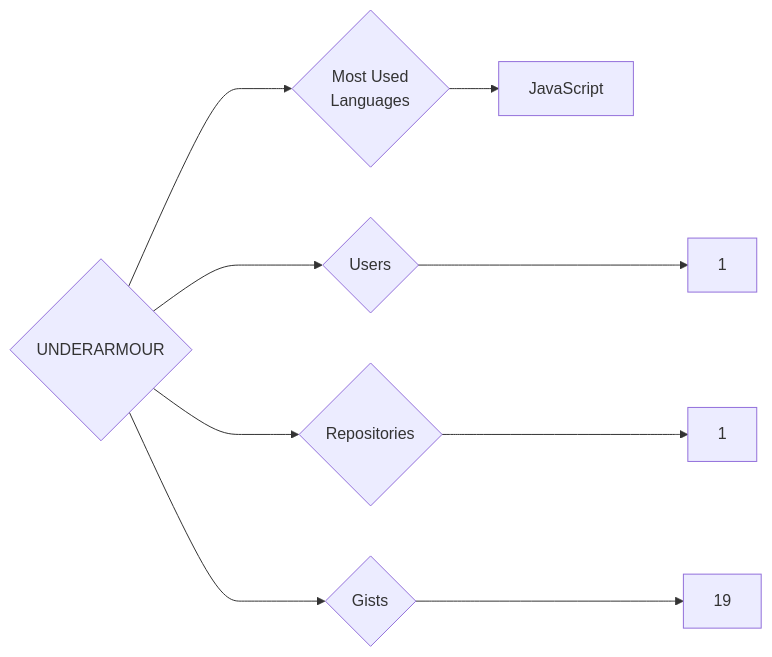
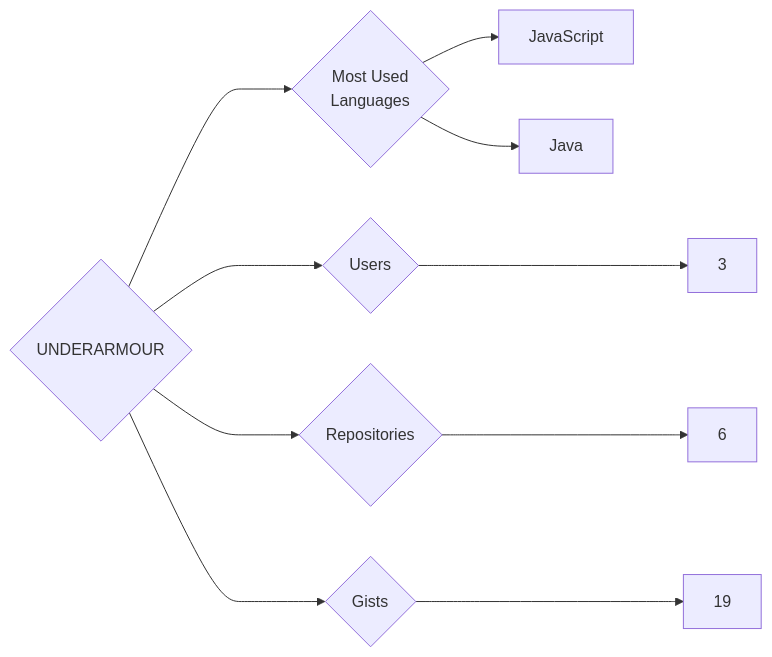
One commit to trickest/insiders changed the diagram in targets/UNDERARMOUR/README.md. Above: the diagram before and after it, drawn with Mermaid. The commit also changed 878 other files, not shown here.

````diff
--- a/targets/UNDERARMOUR/README.md
+++ b/targets/UNDERARMOUR/README.md
@@ -3,9 +3,10 @@
 ```mermaid
 graph LR
 COMPANY_NAME{UNDERARMOUR}
-COMPANY_NAME ---> U{Users} ---> UN[1]
-COMPANY_NAME ---> R{Repositories} ---> RN[1]
+COMPANY_NAME ---> U{Users} ---> UN[3]
+COMPANY_NAME ---> R{Repositories} ---> RN[6]
 COMPANY_NAME ---> G{Gists} ---> GN[19]
 COMPANY_NAME ---> ML{Most Used<br>Languages}
 ML --> JavaScript[JavaScript]
+ML --> Java[Java]
 ```
````
